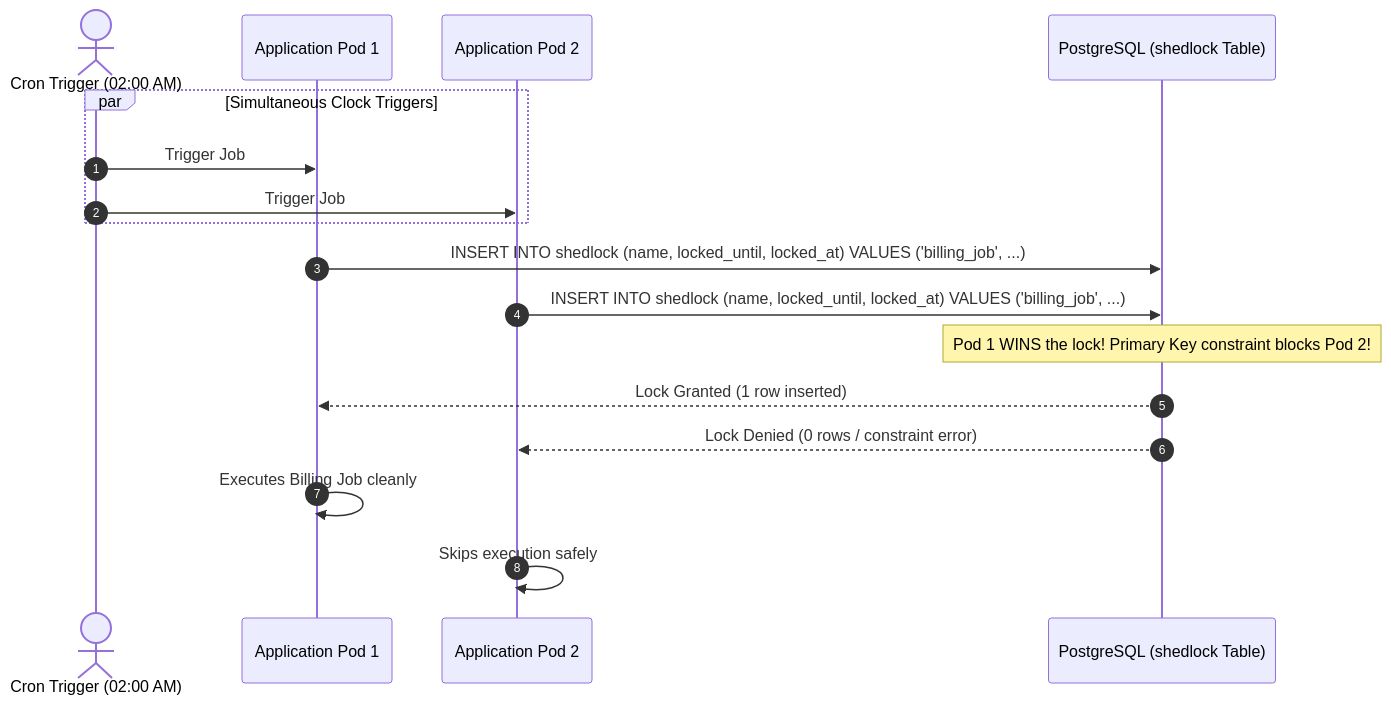
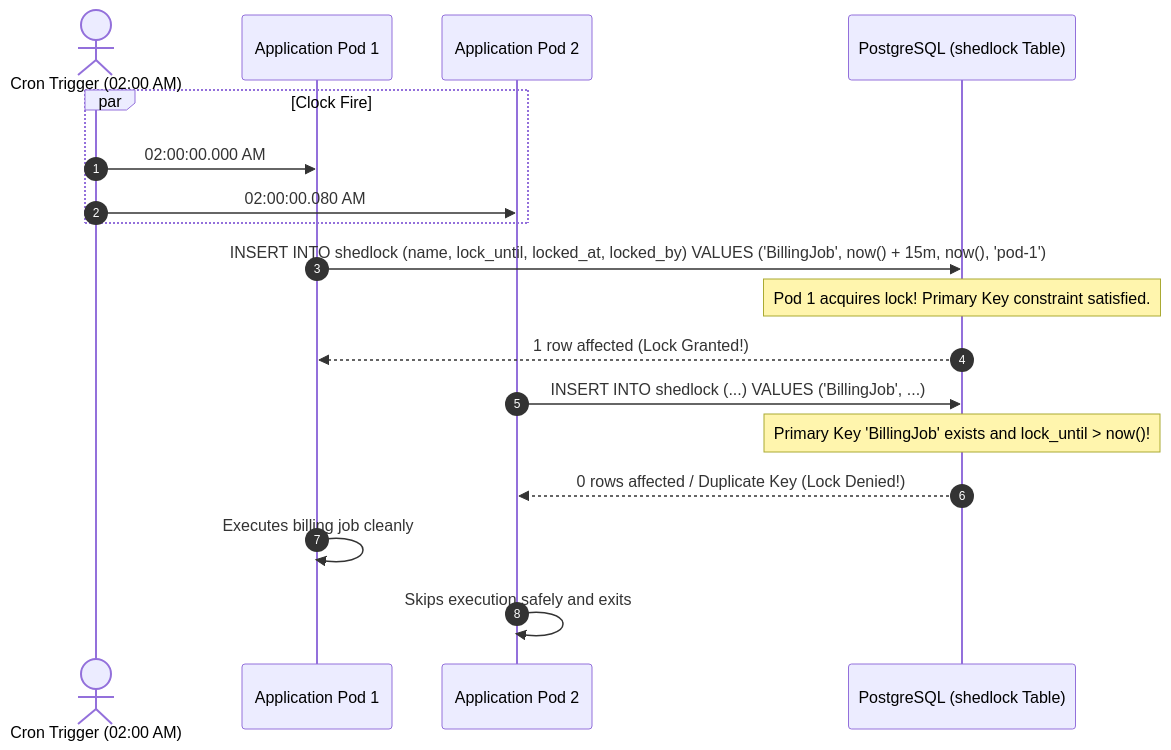
Before and after one commit to weaponxwolf/backend-engineering-mastry: the third of 6 diagrams in docs/advanced/distributed-batch-scheduling.mdx, drawn with Mermaid. The commit also changed other lines of this file and 15 other files, not shown here.

````diff
--- a/docs/advanced/distributed-batch-scheduling.mdx
+++ b/docs/advanced/distributed-batch-scheduling.mdx
@@ -53,23 +185,24 @@
 ```mermaid
 sequenceDiagram
     autonumber
     actor Cron as Cron Trigger (02:00 AM)
     participant Pod1 as Application Pod 1
     participant Pod2 as Application Pod 2
     participant DB as PostgreSQL (shedlock Table)
 
-    par Simultaneous Clock Triggers
-        Cron->>Pod1: Trigger Job
-        Cron->>Pod2: Trigger Job
+    par Clock Fire
+        Cron->>Pod1: 02:00:00.000 AM
+        Cron->>Pod2: 02:00:00.080 AM
     end
 
-    Pod1->>DB: INSERT INTO shedlock (name, locked_until, locked_at) VALUES ('billing_job', ...)
-    Pod2->>DB: INSERT INTO shedlock (name, locked_until, locked_at) VALUES ('billing_job', ...)
-    
-    Note over DB: Pod 1 WINS the lock! Primary Key constraint blocks Pod 2!
-    DB-->>Pod1: Lock Granted (1 row inserted)
-    DB-->>Pod2: Lock Denied (0 rows / constraint error)
-    
-    Pod1->>Pod1: Executes Billing Job cleanly
-    Pod2->>Pod2: Skips execution safely
+    Pod1->>DB: INSERT INTO shedlock (name, lock_until, locked_at, locked_by) VALUES ('BillingJob', now() + 15m, now(), 'pod-1')
+    Note over DB: Pod 1 acquires lock! Primary Key constraint satisfied.
+    DB-->>Pod1: 1 row affected (Lock Granted!)
+
+    Pod2->>DB: INSERT INTO shedlock (...) VALUES ('BillingJob', ...)
+    Note over DB: Primary Key 'BillingJob' exists and lock_until > now()!
+    DB-->>Pod2: 0 rows affected / Duplicate Key (Lock Denied!)
+
+    Pod1->>Pod1: Executes billing job cleanly
+    Pod2->>Pod2: Skips execution safely and exits
 ```
````
